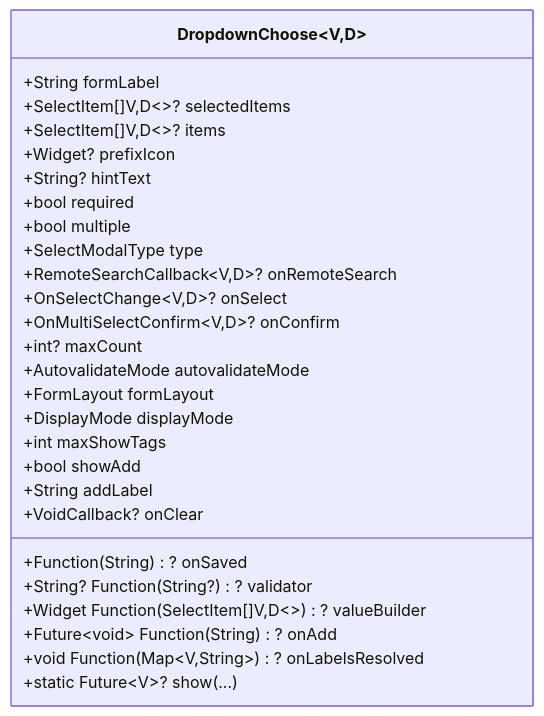
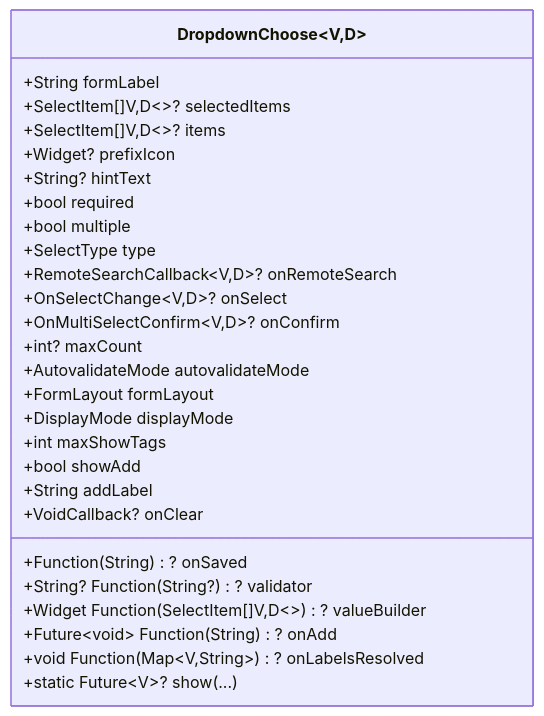
The third of 6 diagrams in .qoder/repowiki/zh/content/高级组件/下拉选择器.md (yuzhido/lite-ui), drawn with Mermaid before and after one commit. The commit also changed other lines of this file and 16 other files, not shown here.

````diff
--- a/.qoder/repowiki/zh/content/高级组件/下拉选择器.md
+++ b/.qoder/repowiki/zh/content/高级组件/下拉选择器.md
@@ -165,30 +178,30 @@
 ```mermaid
 classDiagram
 class DropdownChoose~V,D~ {
 +String formLabel
 +SelectItem[]V,D~~? selectedItems
 +SelectItem[]V,D~~? items
 +Widget? prefixIcon
 +String? hintText
 +bool required
 +bool multiple
-+SelectModalType type
++SelectType type
 +RemoteSearchCallback~V,D~? onRemoteSearch
 +OnSelectChange~V,D~? onSelect
 +OnMultiSelectConfirm~V,D~? onConfirm
 +int? maxCount
 +Function(String)? onSaved
 +String? Function(String?)? validator
 +AutovalidateMode autovalidateMode
 +FormLayout formLayout
 +DisplayMode displayMode
 +int maxShowTags
 +Widget Function(SelectItem[]V,D~~)? valueBuilder
 +bool showAdd
 +String addLabel
 +Future~void~ Function(String)? onAdd
 +void Function(Map~V,String~)? onLabelsResolved
 +VoidCallback? onClear
 +static Future~V~? show(...)
 }
 ```
````
